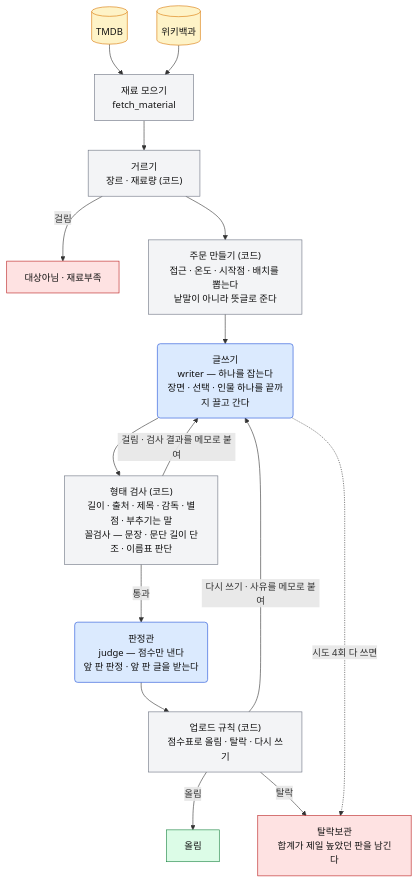
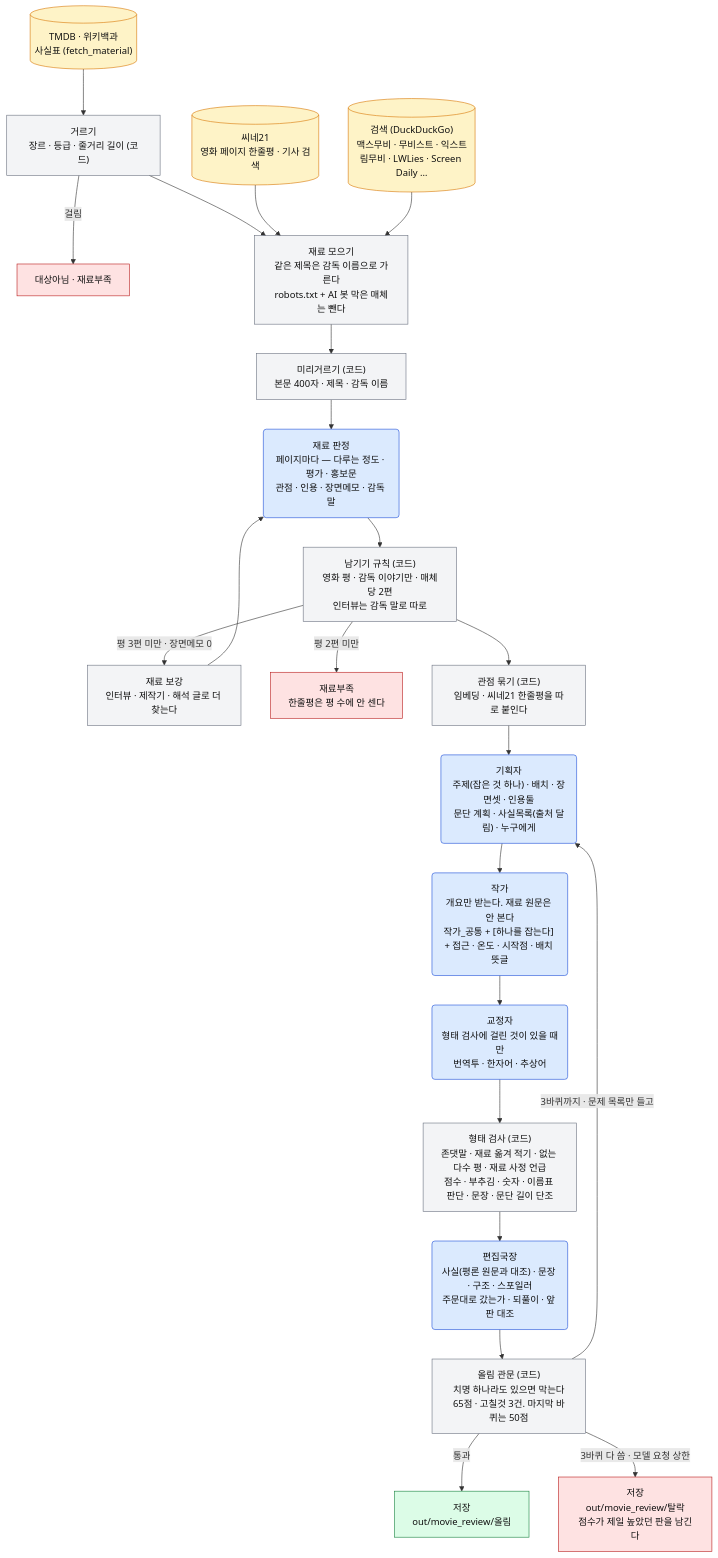
Before and after one commit to Por0ri/me-and-nu: the fifth of 6 diagrams in agent/README.md, drawn with Mermaid. The commit also changed other lines of this file and 4 other files, not shown here.

````diff
--- a/agent/README.md
+++ b/agent/README.md
@@ -316,26 +319,33 @@
 ```mermaid
 flowchart TD
     classDef llm  fill:#dbeafe,stroke:#1d4ed8,color:#111
     classDef code fill:#f3f4f6,stroke:#6b7280,color:#111
     classDef src  fill:#fef3c7,stroke:#d97706,color:#111
     classDef ok   fill:#dcfce7,stroke:#15803d,color:#111
     classDef drop fill:#fee2e2,stroke:#b91c1c,color:#111
 
-    TMDB[("TMDB")]:::src
-    WIKI[("위키백과")]:::src
-    TMDB --> M
-    WIKI --> M
-    M["재료 모으기<br/>fetch_material"]:::code
-    M --> G["거르기<br/>장르 · 재료량 (코드)"]:::code
+    TMDB[("TMDB · 위키백과<br/>사실표 (fetch_material)")]:::src
+    C21[("씨네21<br/>영화 페이지 한줄평 · 기사 검색")]:::src
+    WEB[("검색 (DuckDuckGo)<br/>맥스무비 · 무비스트 · 익스트림무비 · LWLies · Screen Daily …")]:::src
+    TMDB --> G["거르기<br/>장르 · 등급 · 줄거리 길이 (코드)"]:::code
     G -->|걸림| X1["대상아님 · 재료부족"]:::drop
-    G --> O["주문 만들기 (코드)<br/>접근 · 온도 · 시작점 · 배치를 뽑는다<br/>낱말이 아니라 뜻글로 준다"]:::code
-    O --> W("글쓰기<br/>writer — 하나를 잡는다<br/>장면 · 선택 · 인물 하나를 끝까지 끌고 간다"):::llm
-    W --> SH["형태 검사 (코드)<br/>길이 · 출처 · 제목 · 감독 · 별점 · 부추기는 말<br/>꼴검사 — 문장 · 문단 길이 단조 · 이름표 판단"]:::code
-    SH -->|걸림 · 검사 결과를 메모로 붙여| W
-    SH -->|통과| J("판정관<br/>judge — 점수만 낸다<br/>앞 판 판정 · 앞 판 글을 받는다"):::llm
-    J --> V["업로드 규칙 (코드)<br/>점수표로 올림 · 탈락 · 다시 쓰기"]:::code
-    V -->|올림| OK[올림]:::ok
-    V -->|탈락| X2["탈락보관<br/>합계가 제일 높았던 판을 남긴다"]:::drop
-    V -->|다시 쓰기 · 사유를 메모로 붙여| W
-    W -.->|시도 4회 다 쓰면| X2
+    G --> M["재료 모으기<br/>같은 제목은 감독 이름으로 가른다<br/>robots.txt + AI 봇 막은 매체는 뺀다"]:::code
+    C21 --> M
+    WEB --> M
+    M --> PF["미리거르기 (코드)<br/>본문 400자 · 제목 · 감독 이름"]:::code
+    PF --> RJ("재료 판정<br/>페이지마다 — 다루는 정도 · 평가 · 홍보문<br/>관점 · 인용 · 장면메모 · 감독 말"):::llm
+    RJ --> KR["남기기 규칙 (코드)<br/>영화 평 · 감독 이야기만 · 매체당 2편<br/>인터뷰는 감독 말로 따로"]:::code
+    KR -->|평 3편 미만 · 장면메모 0| RE["재료 보강<br/>인터뷰 · 제작기 · 해석 글로 더 찾는다"]:::code
+    RE --> RJ
+    KR -->|평 2편 미만| X3["재료부족<br/>한줄평은 평 수에 안 센다"]:::drop
+    KR --> GV["관점 묶기 (코드)<br/>임베딩 · 씨네21 한줄평을 따로 붙인다"]:::code
+    GV --> PL("기획자<br/>주제(잡은 것 하나) · 배치 · 장면셋 · 인용둘<br/>문단 계획 · 사실목록(출처 달림) · 누구에게"):::llm
+    PL --> WR("작가<br/>개요만 받는다. 재료 원문은 안 본다<br/>작가_공통 + [하나를 잡는다] + 접근 · 온도 · 시작점 · 배치 뜻글"):::llm
+    WR --> PR("교정자<br/>형태 검사에 걸린 것이 있을 때만<br/>번역투 · 한자어 · 추상어"):::llm
+    PR --> SH["형태 검사 (코드)<br/>존댓말 · 재료 옮겨 적기 · 없는 다수 평 · 재료 사정 언급<br/>점수 · 부추김 · 숫자 · 이름표 판단 · 문장 · 문단 길이 단조"]:::code
+    SH --> ED("편집국장<br/>사실(평론 원문과 대조) · 문장 · 구조 · 스포일러<br/>주문대로 갔는가 · 되풀이 · 앞 판 대조"):::llm
+    ED --> GT["올림 관문 (코드)<br/>치명 하나라도 있으면 막는다<br/>65점 · 고칠것 3건. 마지막 바퀴는 50점"]:::code
+    GT -->|통과| OK["저장<br/>out/movie_review/올림"]:::ok
+    GT -->|3바퀴까지 · 문제 목록만 들고| PL
+    GT -->|3바퀴 다 씀 · 모델 요청 상한| X2["저장<br/>out/movie_review/탈락<br/>점수가 제일 높았던 판을 남긴다"]:::drop
 ```
````
